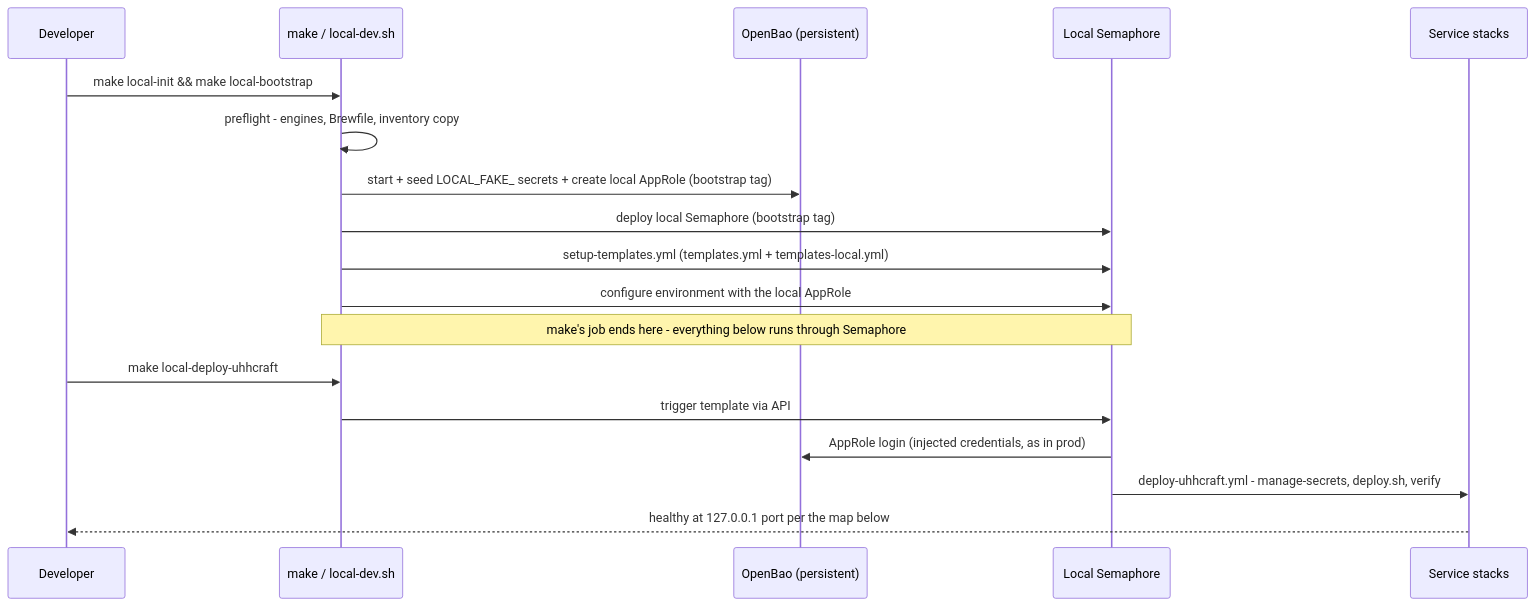
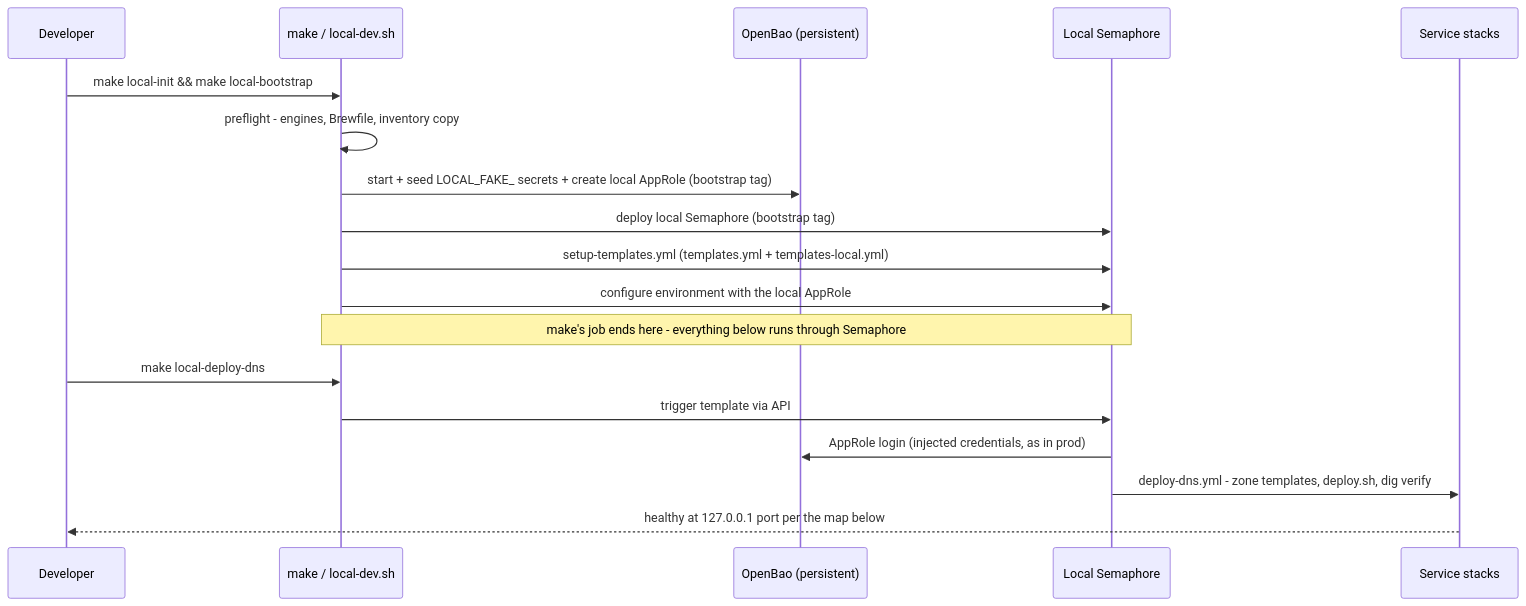
One commit to uhstray-io/agent-cloud changed the third of 10 diagrams in plan/development/00-foundation-local-dev.md. Above: the diagram before and after it, drawn with Mermaid. The commit also changed other lines of this file and 16 other files, not shown here.

````diff
--- a/plan/development/00-foundation-local-dev.md
+++ b/plan/development/00-foundation-local-dev.md
@@ -134,21 +131,21 @@
 ```mermaid
 sequenceDiagram
     participant DEV as Developer
     participant MAKE as make / local-dev.sh
     participant BAO as OpenBao (persistent)
     participant SEM as Local Semaphore
     participant SVC as Service stacks
 
     DEV->>MAKE: make local-init && make local-bootstrap
     MAKE->>MAKE: preflight - engines, Brewfile, inventory copy
     MAKE->>BAO: start + seed LOCAL_FAKE_ secrets + create local AppRole (bootstrap tag)
     MAKE->>SEM: deploy local Semaphore (bootstrap tag)
     MAKE->>SEM: setup-templates.yml (templates.yml + templates-local.yml)
     MAKE->>SEM: configure environment with the local AppRole
     Note over MAKE,SEM: make's job ends here - everything below runs through Semaphore
-    DEV->>MAKE: make local-deploy-uhhcraft
+    DEV->>MAKE: make local-deploy-dns
     MAKE->>SEM: trigger template via API
     SEM->>BAO: AppRole login (injected credentials, as in prod)
-    SEM->>SVC: deploy-uhhcraft.yml - manage-secrets, deploy.sh, verify
+    SEM->>SVC: deploy-dns.yml - zone templates, deploy.sh, dig verify
     SVC-->>DEV: healthy at 127.0.0.1 port per the map below
 ```
````
